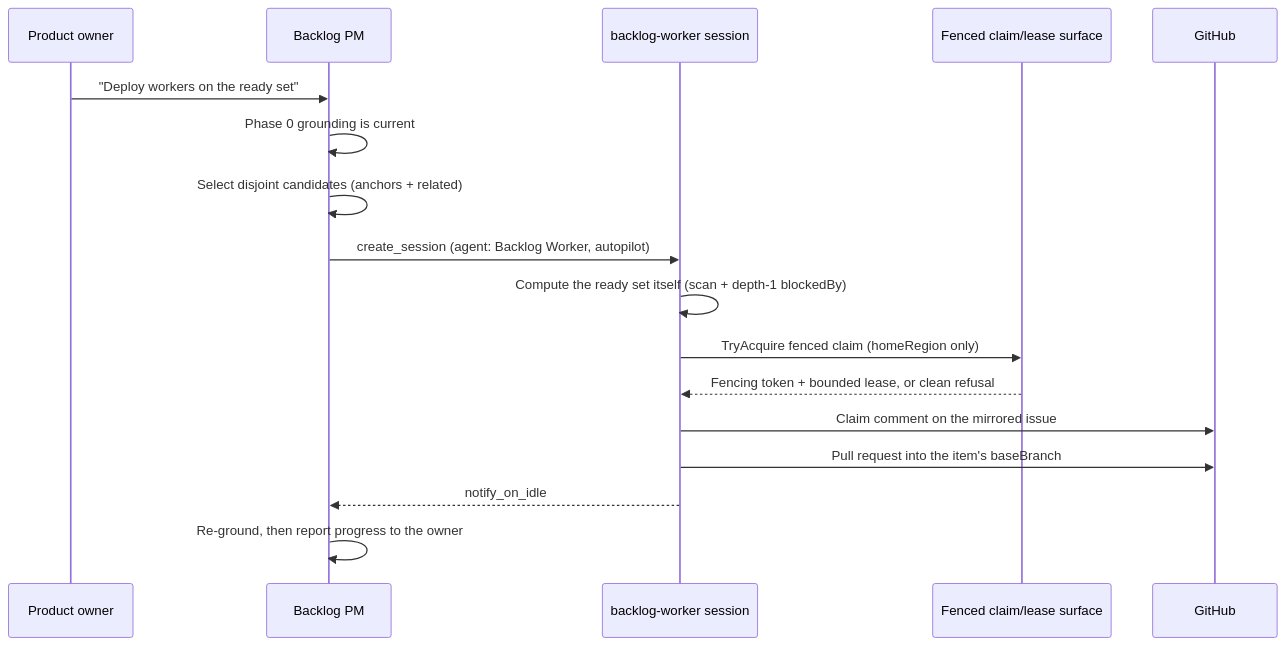
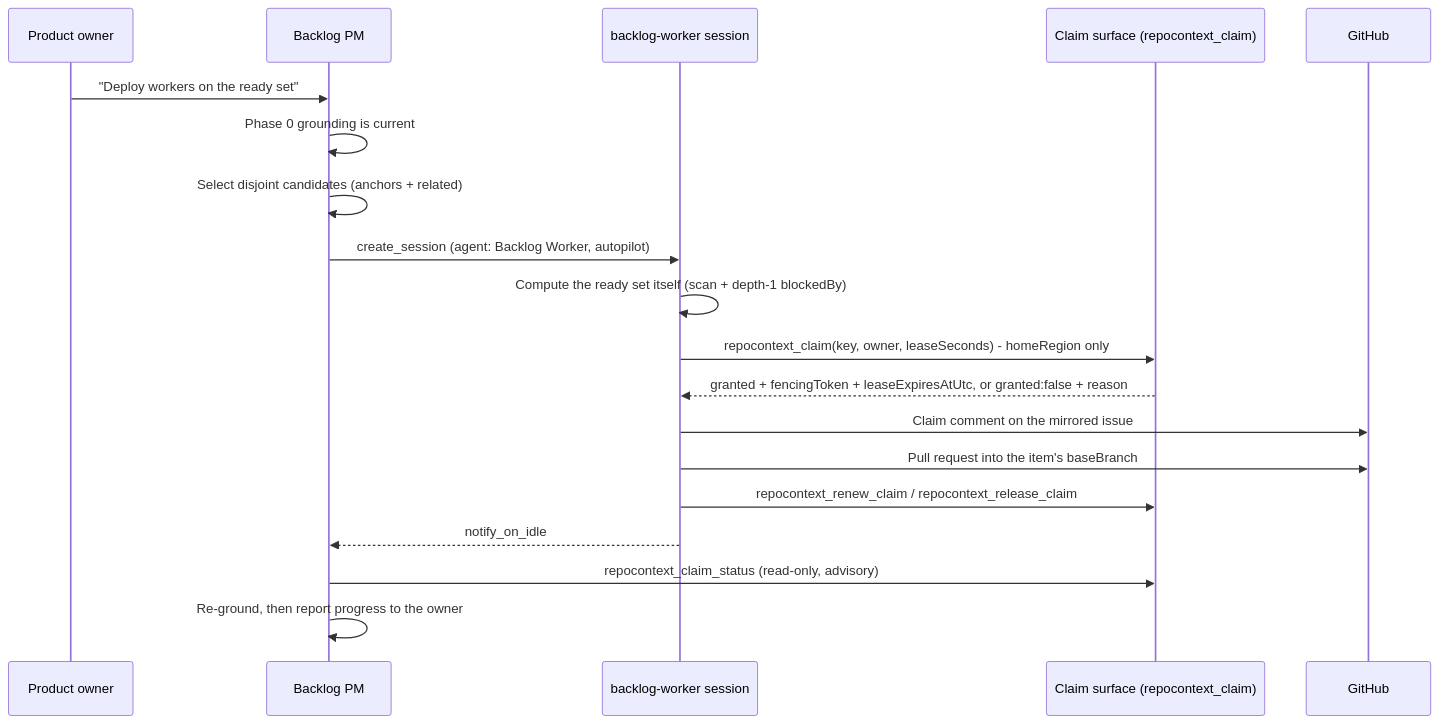
One commit to NSTA1/Orleans.Lattice changed the third of 3 diagrams in .github/agents/backlog-pm.agent.md. Above: the diagram before and after it, drawn with Mermaid. The commit also changed other lines of this file, not shown here.

First line of the commit message:
docs: name the concrete fenced-claim tools in the backlog PM agent

````diff
--- a/.github/agents/backlog-pm.agent.md
+++ b/.github/agents/backlog-pm.agent.md
@@ -441,20 +486,22 @@
 ```mermaid
 sequenceDiagram
     participant PO as Product owner
     participant PM as Backlog PM
     participant W as backlog-worker session
-    participant L as Fenced claim/lease surface
+    participant L as Claim surface (repocontext_claim)
     participant GH as GitHub
 
     PO->>PM: "Deploy workers on the ready set"
     PM->>PM: Phase 0 grounding is current
     PM->>PM: Select disjoint candidates (anchors + related)
     PM->>W: create_session (agent: Backlog Worker, autopilot)
     W->>W: Compute the ready set itself (scan + depth-1 blockedBy)
-    W->>L: TryAcquire fenced claim (homeRegion only)
-    L-->>W: Fencing token + bounded lease, or clean refusal
+    W->>L: repocontext_claim(key, owner, leaseSeconds) - homeRegion only
+    L-->>W: granted + fencingToken + leaseExpiresAtUtc, or granted:false + reason
     W->>GH: Claim comment on the mirrored issue
     W->>GH: Pull request into the item's baseBranch
+    W->>L: repocontext_renew_claim / repocontext_release_claim
     W-->>PM: notify_on_idle
+    PM->>L: repocontext_claim_status (read-only, advisory)
     PM->>PM: Re-ground, then report progress to the owner
 ```
````
